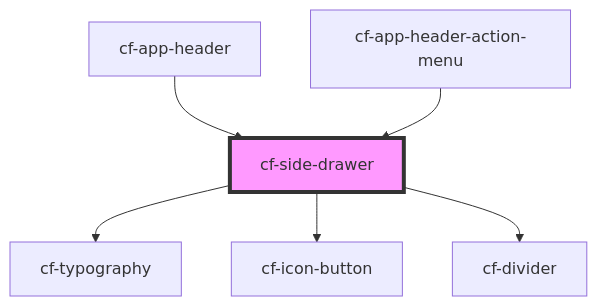
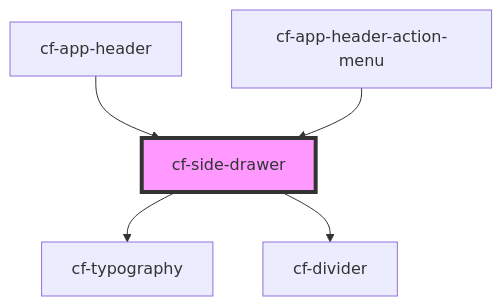
One commit to DriLLFreAK100/codefee-component changed the diagram in src/components/cf-side-drawer/readme.md. Above: the diagram before and after it, drawn with Mermaid. The commit also changed other lines of this file and 9 other files, not shown here.

Commit message:
feat(app-header): decouple from icon-button

````diff
--- a/src/components/cf-side-drawer/readme.md
+++ b/src/components/cf-side-drawer/readme.md
@@ -38,9 +37,8 @@
 ```mermaid
 graph TD;
   cf-side-drawer --> cf-typography
-  cf-side-drawer --> cf-icon-button
   cf-side-drawer --> cf-divider
   cf-app-header --> cf-side-drawer
   cf-app-header-action-menu --> cf-side-drawer
   style cf-side-drawer fill:#f9f,stroke:#333,stroke-width:4px
 ```
````
